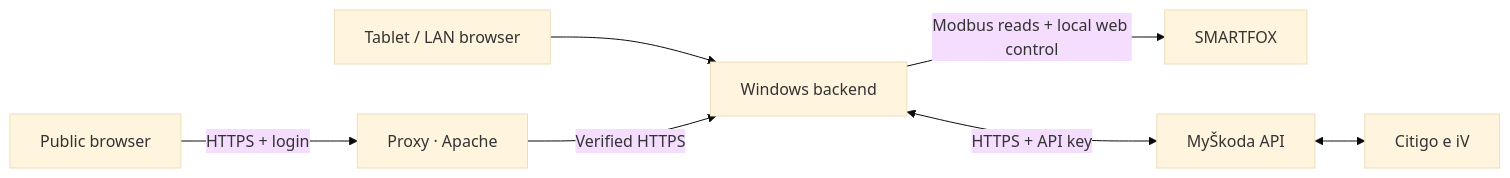
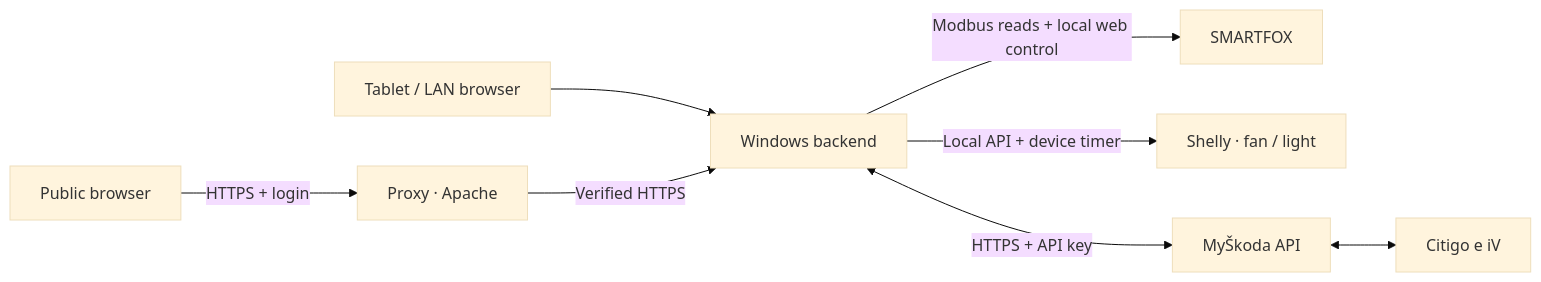
One commit to danielrammer/CitiFoxCharger changed the first of 2 diagrams in README.md. Above: the diagram before and after it, drawn with Mermaid (base theme). The commit also changed other lines of this file and 17 other files, not shown here.

Commit message:
Add compact Shelly fan and light switches with device-side run-on timers

````diff
--- a/README.md
+++ b/README.md
@@ -7,9 +7,10 @@
 ```mermaid
 flowchart LR
     Browser["Tablet / LAN browser"] --> App["Windows backend"]
     Public["Public browser"] -->|"HTTPS + login"| Gateway["Proxy · Apache"]
     Gateway -->|"Verified HTTPS"| App
     App -->|"Modbus reads + local web control"| SF["SMARTFOX"]
+    App -->|"Local API + device timer"| Shelly["Shelly · fan / light"]
     App <-->|"HTTPS + API key"| API["MyŠkoda API"]
     API <--> Car["Citigo e iV"]
 ```
````
